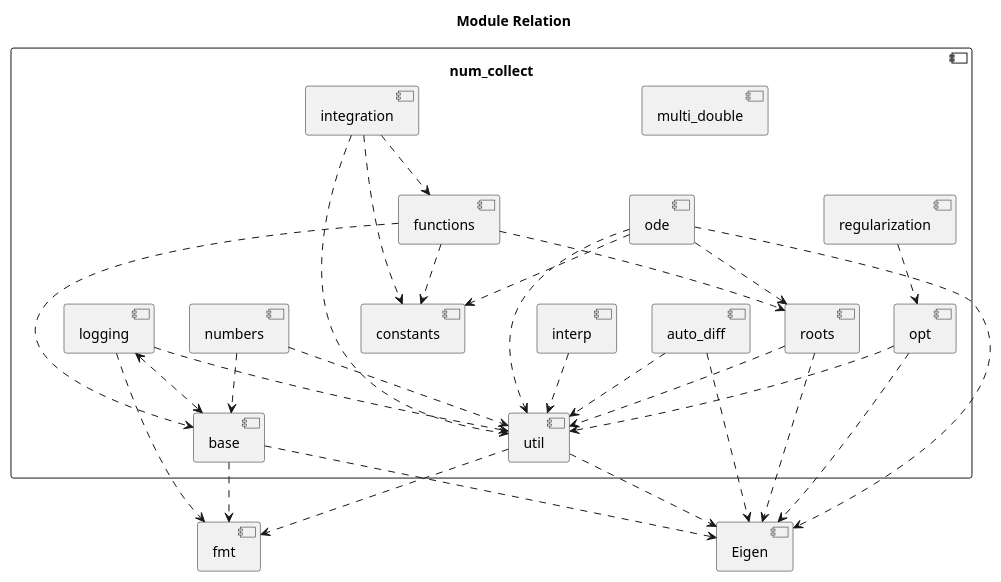
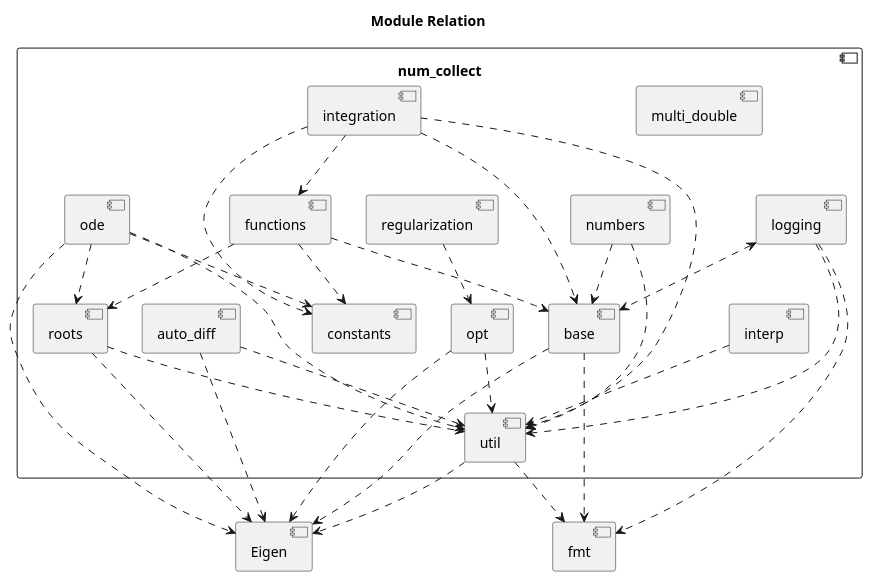
Before and after one commit to MusicScience37/numerical-collection-cpp: the diagram in doc/sphinx/src/modules.rst, drawn with PlantUML. The commit also changed 6 other files, not shown here.

```diff
--- a/doc/sphinx/src/modules.rst
+++ b/doc/sphinx/src/modules.rst
@@ -6,63 +6,64 @@
 .. uml::
 
     title Module Relation
 
     component fmt
     component Eigen
 
     component num_collect {
         component base
         base ..> fmt
         base ..> Eigen
 
         component util
         util ..> fmt
         util ..> Eigen
 
         component logging
         logging ..> fmt
         logging <..> base
         logging ..> util
 
         component auto_diff
         auto_diff ..> util
         auto_diff ..> Eigen
 
         component opt
         opt ..> util
         opt ..> Eigen
 
         component regularization
         regularization ..> opt
 
         component interp
         interp ..> util
 
         component numbers
         numbers ..> base
         numbers ..> util
 
         component multi_double
 
         component constants
 
         component roots
         roots ..> util
         roots ..> Eigen
 
         component functions
         functions ..> base
         functions ..> constants
         functions ..> roots
 
         component integration
+        integration ..> base
         integration ..> util
         integration ..> constants
         integration ..> functions
 
         component ode
         ode ..> util
         ode ..> constants
         ode ..> roots
         ode ..> Eigen
     }
```
